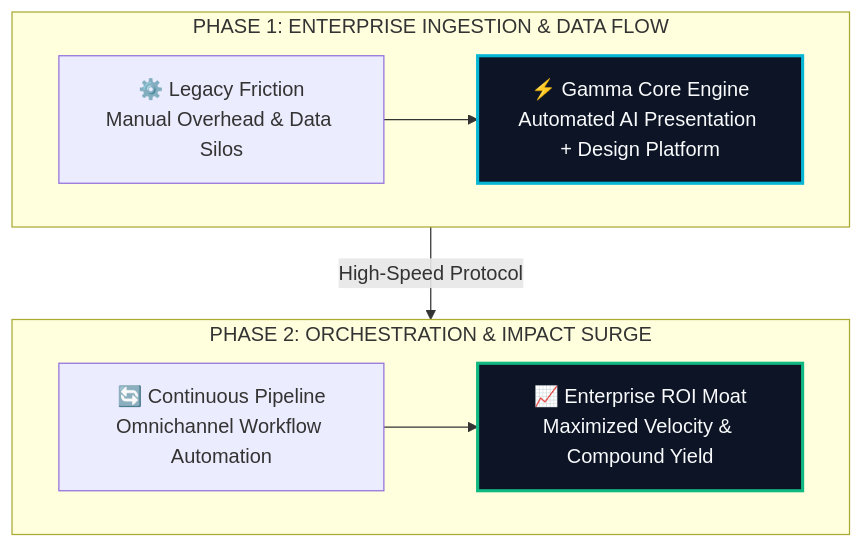
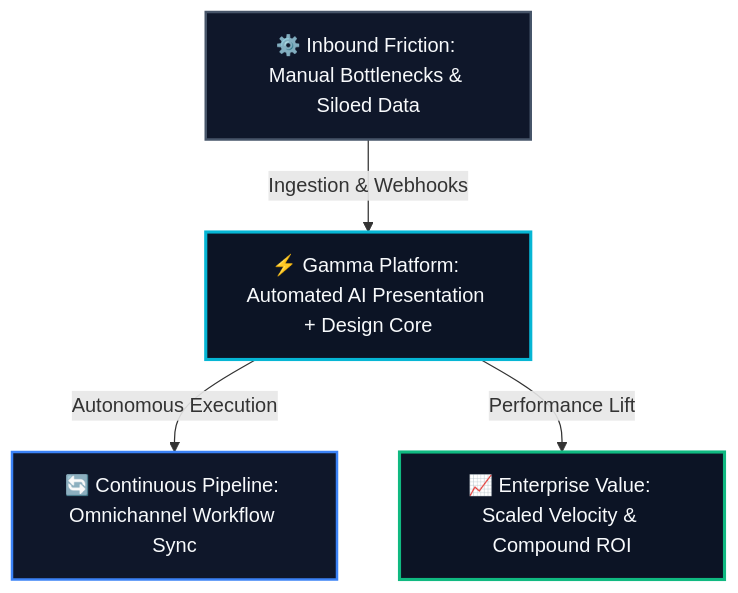
One commit to heliatech-media/saas-radar changed the diagram in site/src/content/blog/gamma-app-evolution-guide-2026.md. Above: the diagram before and after it, drawn with Mermaid. The commit also changed 93 other files, not shown here.

First line of the commit message:
fix(diagrams): resolve dagre-d3 subgraph collision by migrating to balanced 3-tier Hub & Spoke architecture

````diff
--- a/site/src/content/blog/gamma-app-evolution-guide-2026.md
+++ b/site/src/content/blog/gamma-app-evolution-guide-2026.md
@@ -51,14 +51,14 @@
 ```mermaid
 flowchart TD
-    subgraph S1["PHASE 1: ENTERPRISE INGESTION & DATA FLOW"]
-        direction LR
-        A["⚙️ Legacy Friction<br/>Manual Overhead & Data Silos"] --> B["⚡ Gamma Core Engine<br/>Automated AI Presentation + Design Platform"]
-    end
-    subgraph S2["PHASE 2: ORCHESTRATION & IMPACT SURGE"]
-        direction LR
-        C["🔄 Continuous Pipeline<br/>Omnichannel Workflow Automation"] --> D["📈 Enterprise ROI Moat<br/>Maximized Velocity & Compound Yield"]
-    end
-    S1 -->|High-Speed Protocol| S2
-    style B fill:#0c1425,stroke:#06b6d4,stroke-width:2.5px,color:#f8fafc
-    style D fill:#0c1425,stroke:#10b981,stroke-width:2.5px,color:#f8fafc
+    Inp["⚙️ Inbound Friction: Manual Bottlenecks & Siloed Data"]
+    Eng["⚡ Gamma Platform: Automated AI Presentation + Design Core"]
+    Out1["🔄 Continuous Pipeline: Omnichannel Workflow Sync"]
+    Out2["📈 Enterprise Value: Scaled Velocity & Compound ROI"]
+    Inp -->|Ingestion & Webhooks| Eng
+    Eng -->|Autonomous Execution| Out1
+    Eng -->|Performance Lift| Out2
+    style Inp fill:#0f172a,stroke:#475569,stroke-width:2px,color:#f8fafc
+    style Eng fill:#0c1425,stroke:#06b6d4,stroke-width:2.5px,color:#f8fafc
+    style Out1 fill:#0f172a,stroke:#3b82f6,stroke-width:2px,color:#f8fafc
+    style Out2 fill:#0c1425,stroke:#10b981,stroke-width:2.5px,color:#f8fafc
 ```
````
